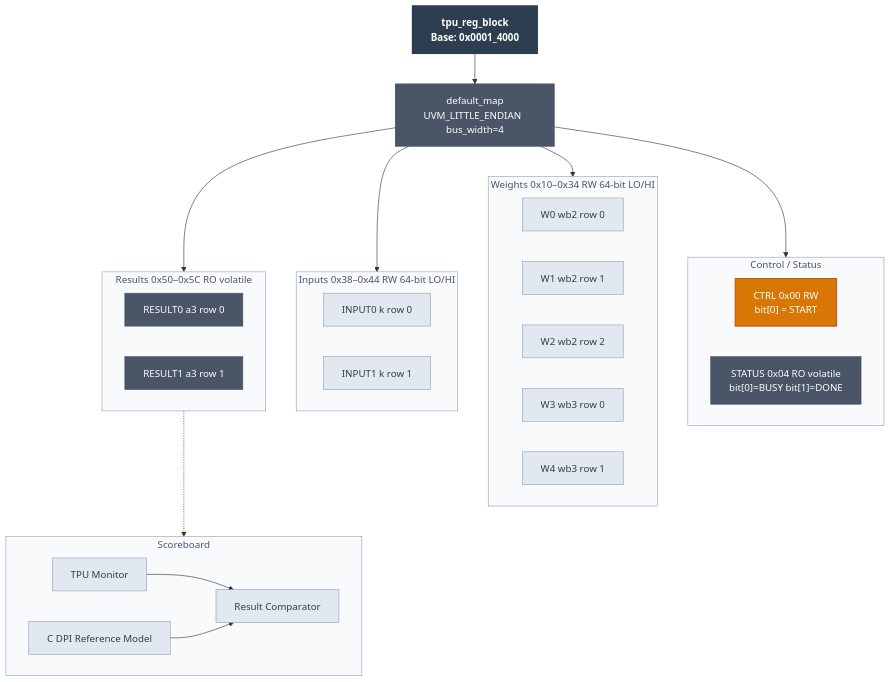
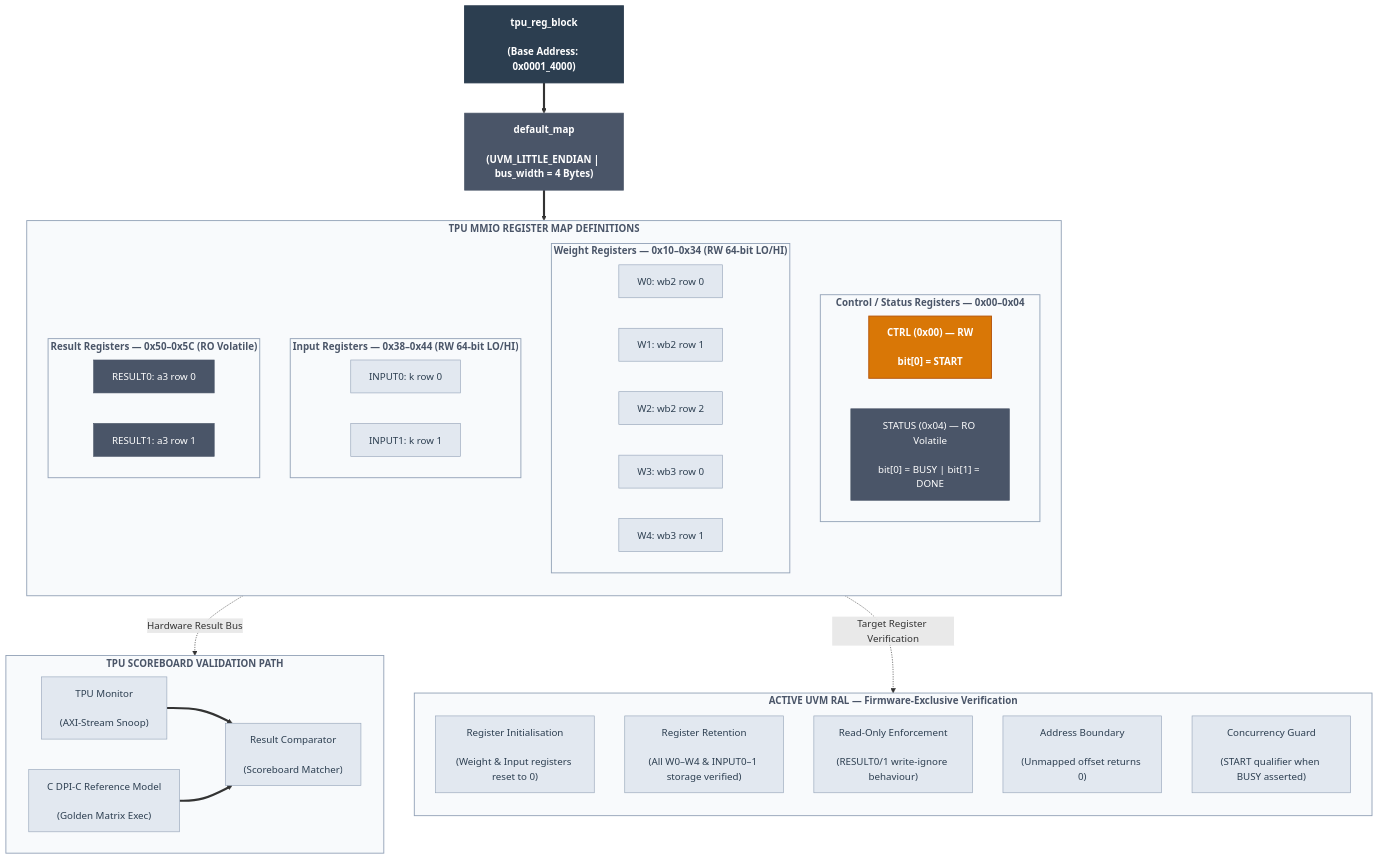
Before and after one commit to KapoorAkshit18/RISCV-VDP-SoC: the diagram in RISCV-VDP-SoC/tpu_ral.mmd, drawn with Mermaid. The commit also changed 213 other files, not shown here.

```diff
--- a/RISCV-VDP-SoC/tpu_ral.mmd
+++ b/RISCV-VDP-SoC/tpu_ral.mmd
@@ -1,60 +1,88 @@
+---
+config:
+  theme: mc
+---
 graph TB
-    classDef block  fill:#2C3E50,stroke:#2C3E50,stroke-width:2px,color:#fff,font-weight:bold
-    classDef rw     fill:#E2E8F0,stroke:#94A3B8,stroke-width:1px,color:#2C3E50
-    classDef ro     fill:#4A5568,stroke:#4A5568,stroke-width:1px,color:#fff
-    classDef ctrl   fill:#D97706,stroke:#B45309,stroke-width:1.5px,color:#fff
-    classDef map    fill:#4A5568,stroke:#4A5568,stroke-width:1.5px,color:#fff
-    classDef scb    fill:#E2E8F0,stroke:#94A3B8,stroke-width:1px,color:#2C3E50
-    classDef grp    fill:#F8FAFC,stroke:#94A3B8,stroke-width:1px,color:#4A5568
+    %% --- CLASS DEFINITIONS (Original Conversation Palette) ---
+    classDef blockClass fill:#2C3E50,stroke:#2C3E50,stroke-width:2px,color:#FFFFFF,font-weight:bold
+    classDef mapClass   fill:#4A5568,stroke:#4A5568,stroke-width:1.5px,color:#FFFFFF,font-weight:bold
+    classDef ctrlClass  fill:#D97706,stroke:#B45309,stroke-width:1.5px,color:#FFFFFF,font-weight:bold
+    classDef roClass    fill:#4A5568,stroke:#4A5568,stroke-width:1px,color:#FFFFFF
+    classDef rwClass    fill:#E2E8F0,stroke:#94A3B8,stroke-width:1px,color:#2C3E50
+    classDef scbClass   fill:#E2E8F0,stroke:#94A3B8,stroke-width:1px,color:#2C3E50
+    classDef groupClass fill:#F8FAFC,stroke:#94A3B8,stroke-width:1.5px,color:#4A5568,font-weight:bold
 
-    RBLK["tpu_reg_block\nBase: 0x0001_4000"]
+    %% --- TOP LEVEL REGISTER BLOCK & MAP ---
+    RBLK["tpu_reg_block<br><br>(Base Address: 0x0001_4000)"]
+    MAP["default_map<br><br>(UVM_LITTLE_ENDIAN | bus_width = 4 Bytes)"]
 
-    MAP["default_map\nUVM_LITTLE_ENDIAN  bus_width=4"]
+    RBLK ==> MAP
 
-    subgraph CTRL_REG ["Control / Status"]
-        direction LR
-        CTRL["CTRL  0x00  RW\nbit[0] = START"]
-        STAT["STATUS  0x04  RO volatile\nbit[0]=BUSY  bit[1]=DONE"]
+    %% --- REGISTER MODEL MAP SUBSYSTEM ---
+    subgraph REGS ["TPU MMIO REGISTER MAP DEFINITIONS"]
+        direction TB
+
+        subgraph CTRL_REG ["Control / Status Registers — 0x00–0x04"]
+            direction LR
+            CTRL["CTRL (0x00) — RW<br><br>bit[0] = START"]
+            STAT["STATUS (0x04) — RO Volatile<br><br>bit[0] = BUSY | bit[1] = DONE"]
+        end
+
+        subgraph WEIGHT_REG ["Weight Registers — 0x10–0x34 (RW 64-bit LO/HI)"]
+            direction LR
+            W0["W0: wb2 row 0"]
+            W1["W1: wb2 row 1"]
+            W2["W2: wb2 row 2"]
+            W3["W3: wb3 row 0"]
+            W4["W4: wb3 row 1"]
+        end
+
+        subgraph INPUT_REG ["Input Registers — 0x38–0x44 (RW 64-bit LO/HI)"]
+            direction LR
+            I0["INPUT0: k row 0"]
+            I1["INPUT1: k row 1"]
+        end
+
+        subgraph RESULT_REG ["Result Registers — 0x50–0x5C (RO Volatile)"]
+            direction LR
+            R0["RESULT0: a3 row 0"]
+            R1["RESULT1: a3 row 1"]
+        end
     end
 
-    subgraph WEIGHT_REG ["Weights  0x10–0x34  RW  64-bit LO/HI"]
+    MAP ==> REGS
+
+    %% --- DYNAMIC SCOREBOARD VERIFICATION PATH ---
+    subgraph SCB_PATH ["TPU SCOREBOARD VALIDATION PATH"]
         direction LR
-        W0["W0  wb2 row 0"]
-        W1["W1  wb2 row 1"]
-        W2["W2  wb2 row 2"]
-        W3["W3  wb3 row 0"]
-        W4["W4  wb3 row 1"]
+        TPUMON2["TPU Monitor<br><br>(AXI-Stream Snoop)"]
+        CREF["C DPI-C Reference Model<br><br>(Golden Matrix Exec)"]
+        COMP["Result Comparator<br><br>(Scoreboard Matcher)"]
+
+        TPUMON2 ==> COMP
+        CREF ==> COMP
     end
 
-    subgraph INPUT_REG ["Inputs  0x38–0x44  RW  64-bit LO/HI"]
-        direction LR
-        I0["INPUT0  k row 0"]
-        I1["INPUT1  k row 1"]
+    %% --- ACTIVE UVM RAL FUNCTIONAL CHECKS ---
+    subgraph RAL_CHECKS ["ACTIVE UVM RAL — Firmware-Exclusive Verification"]
+        direction TB
+        CHK1["Register Initialisation<br><br>(Weight & Input registers reset to 0)"]
+        CHK2["Register Retention<br><br>(All W0–W4 & INPUT0–1 storage verified)"]
+        CHK3["Read-Only Enforcement<br><br>(RESULT0/1 write-ignore behaviour)"]
+        CHK4["Address Boundary<br><br>(Unmapped offset returns 0)"]
+        CHK5["Concurrency Guard<br><br>(START qualifier when BUSY asserted)"]
     end
 
-    subgraph RESULT_REG ["Results  0x50–0x5C  RO volatile"]
-        direction LR
-        R0["RESULT0  a3 row 0"]
-        R1["RESULT1  a3 row 1"]
-    end
+    %% --- DATAFLOW & FUNCTIONAL BINDINGS ---
+    RESULT_REG -.->|"Hardware Result Bus"| SCB_PATH
+    REGS -.->|"Target Register Verification"| RAL_CHECKS
 
-    subgraph SCB_PATH ["Scoreboard"]
-        direction LR
-        TPUMON2["TPU Monitor"]
-        CREF["C DPI Reference Model"]
-        COMP["Result Comparator"]
-        TPUMON2 --> COMP
-        CREF --> COMP
-    end
-
-    RBLK --> MAP
-    MAP  --> CTRL_REG & WEIGHT_REG & INPUT_REG & RESULT_REG
-    RESULT_REG -.-> SCB_PATH
-
-    class RBLK block
-    class MAP map
-    class CTRL ctrl
-    class STAT,R0,R1 ro
-    class W0,W1,W2,W3,W4,I0,I1 rw
-    class TPUMON2,CREF,COMP scb
-    class CTRL_REG,WEIGHT_REG,INPUT_REG,RESULT_REG,SCB_PATH grp
+    %% --- CLASS ASSIGNMENTS ---
+    class RBLK blockClass
+    class MAP mapClass
+    class CTRL ctrlClass
+    class STAT,R0,R1 roClass
+    class W0,W1,W2,W3,W4,I0,I1 rwClass
+    class TPUMON2,CREF,COMP scbClass
+    class CHK1,CHK2,CHK3,CHK4,CHK5 rwClass
+    class REGS,CTRL_REG,WEIGHT_REG,INPUT_REG,RESULT_REG,SCB_PATH,RAL_CHECKS groupClass
```
